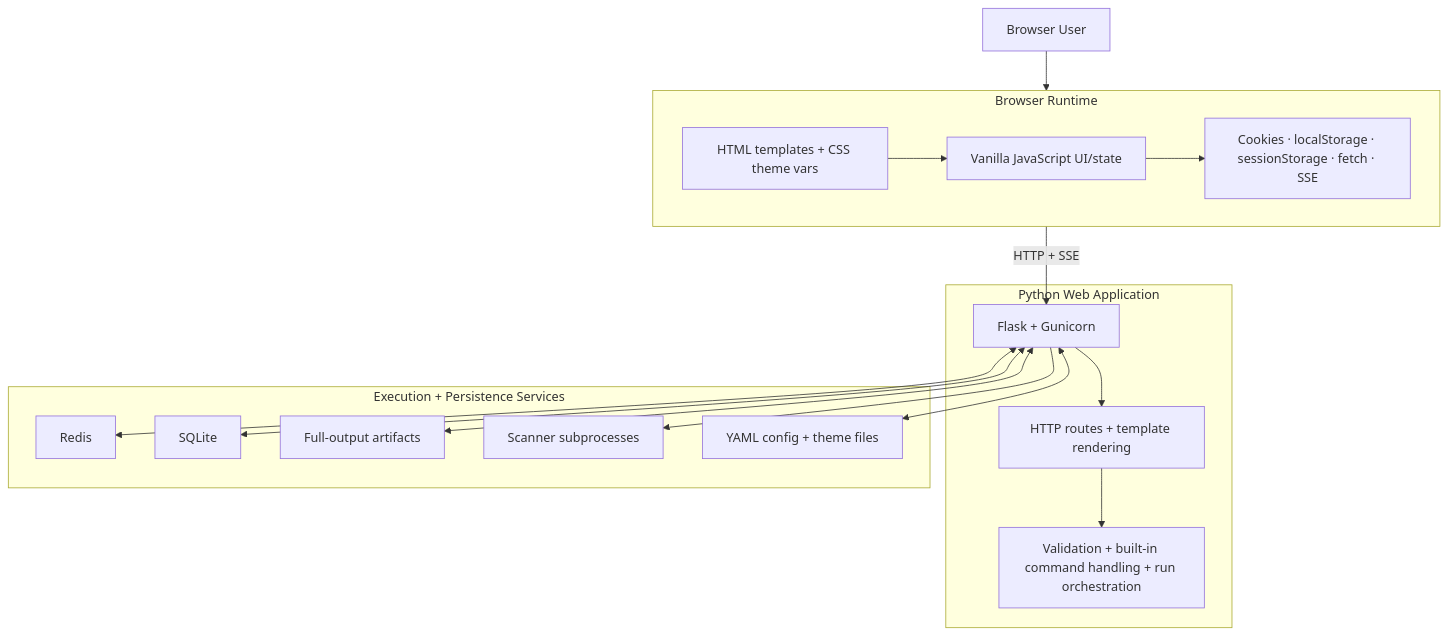
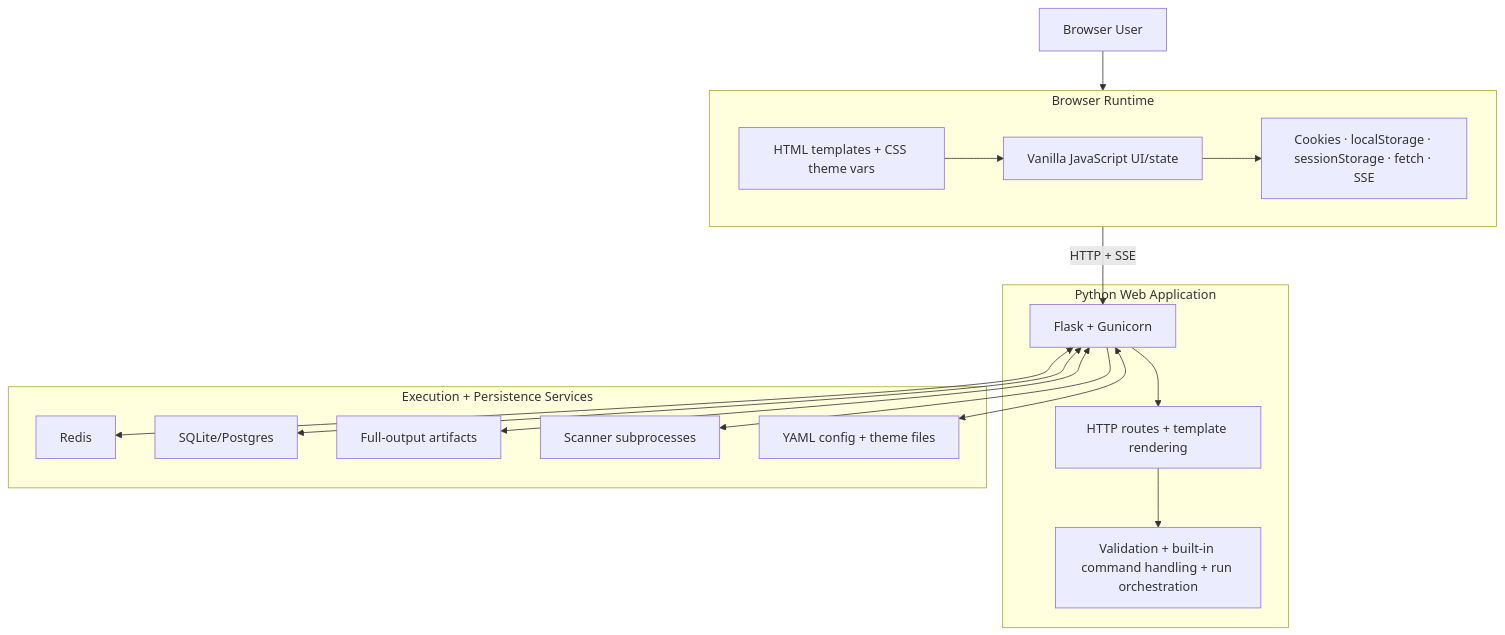
The first of 10 diagrams in ARCHITECTURE.md (darklab-sh/darklab-shell), drawn with Mermaid before and after one commit. The commit also changed other lines of this file and 38 other files, not shown here.

````diff
--- a/ARCHITECTURE.md
+++ b/ARCHITECTURE.md
@@ -56,36 +56,36 @@
 ```mermaid
 flowchart TB
   User["Browser User"]
 
   subgraph Client["Browser Runtime"]
     Templates["HTML templates + CSS theme vars"]
     JS["Vanilla JavaScript UI/state"]
     BrowserApis["Cookies · localStorage · sessionStorage · fetch · SSE"]
   end
 
   subgraph App["Python Web Application"]
     Flask["Flask + Gunicorn"]
     Routing["HTTP routes + template rendering"]
     Orchestration["Validation + built-in command handling + run orchestration"]
   end
 
   subgraph Runtime["Execution + Persistence Services"]
     Redis["Redis"]
-    SQLite["SQLite"]
+    Database["SQLite/Postgres"]
     Artifacts["Full-output artifacts"]
     Subprocesses["Scanner subprocesses"]
     Config["YAML config + theme files"]
   end
 
   User --> Client
   Client -->|HTTP + SSE| Flask
   Templates --> JS
   JS --> BrowserApis
   Flask --> Routing
   Routing --> Orchestration
   Flask <--> Redis
-  Flask <--> SQLite
+  Flask <--> Database
   Flask <--> Artifacts
   Flask --> Subprocesses
   Flask <--> Config
 ```
````
